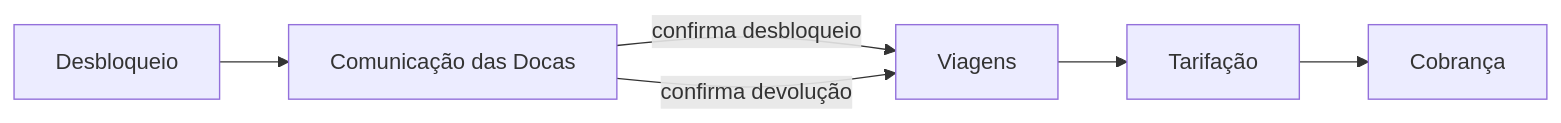
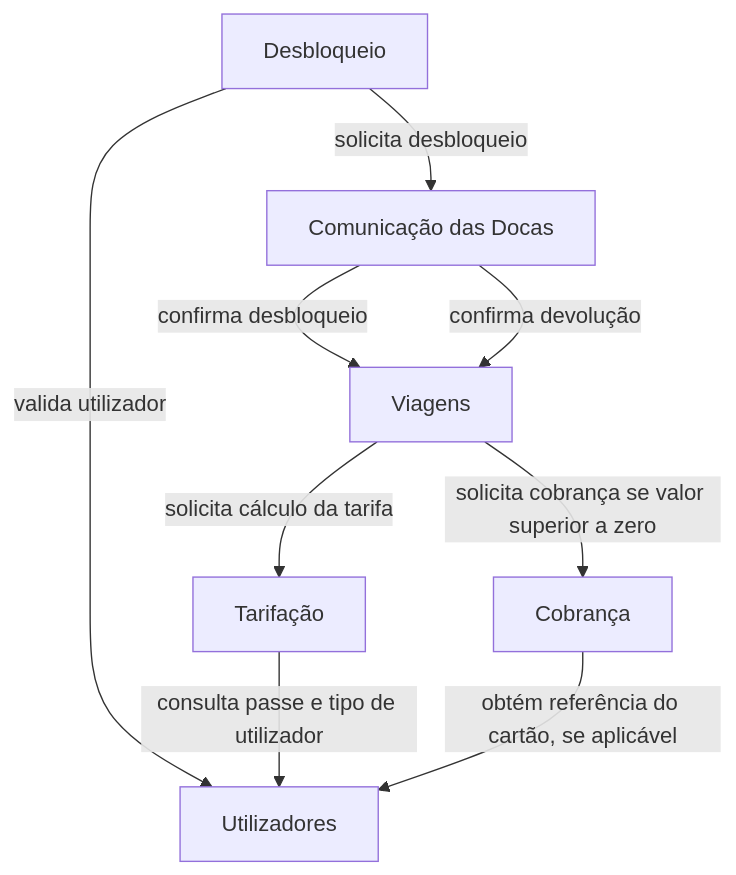
One commit to matilde-quiterio/lisboa-pedala changed the diagram in docs/03-particionamento-e-vistas.md. Above: the diagram before and after it, drawn with Mermaid. The commit also changed other lines of this file, not shown here.

````diff
--- a/docs/03-particionamento-e-vistas.md
+++ b/docs/03-particionamento-e-vistas.md
@@ -60,8 +66,11 @@
 ```mermaid
-flowchart LR
-    D[Desbloqueio] --> CD[Comunicação das Docas]
+flowchart TD
+    D[Desbloqueio] -->|valida utilizador| U[Utilizadores]
+    D -->|solicita desbloqueio| CD[Comunicação das Docas]
     CD -->|confirma desbloqueio| V[Viagens]
     CD -->|confirma devolução| V
-    V --> T[Tarifação]
-    T --> C[Cobrança]
+    V -->|solicita cálculo da tarifa| T[Tarifação]
+    T -->|consulta passe e tipo de utilizador| U
+    V -->|solicita cobrança se valor superior a zero| C[Cobrança]
+    C -->|obtém referência do cartão, se aplicável| U
 ```
````
